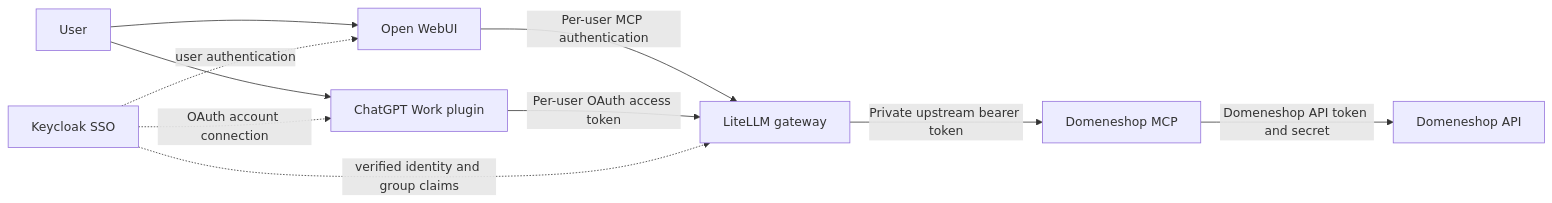
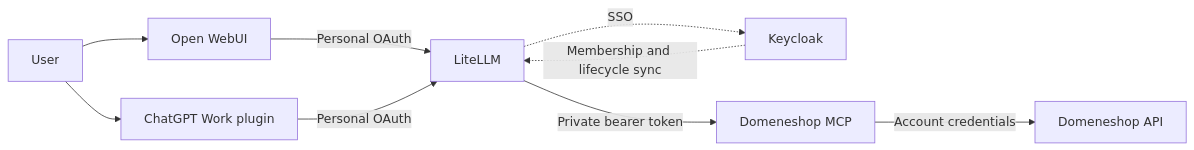
One commit to SveinT83/domeneshop-mcp changed the diagram in docs/access-and-clients.md. Above: the diagram before and after it, drawn with Mermaid. The commit also changed other lines of this file and 8 other files, not shown here.

Commit message:
Add Keycloak Senior access sync and gateway identity revocation

````diff
--- a/docs/access-and-clients.md
+++ b/docs/access-and-clients.md
@@ -8,12 +5,11 @@
 ```mermaid
 flowchart LR
     U[User] --> W[Open WebUI]
     U --> C[ChatGPT Work plugin]
-    K[Keycloak SSO] -. user authentication .-> W
-    K -. OAuth account connection .-> C
-    W -->|Per-user MCP authentication| L[LiteLLM gateway]
-    C -->|Per-user OAuth access token| L
-    K -. verified identity and group claims .-> L
-    L -->|Private upstream bearer token| M[Domeneshop MCP]
-    M -->|Domeneshop API token and secret| D[Domeneshop API]
+    W -->|Personal OAuth| L[LiteLLM]
+    C -->|Personal OAuth| L
+    L -. SSO .-> K[Keycloak]
+    K -. Membership and lifecycle sync .-> L
+    L -->|Private bearer token| M[Domeneshop MCP]
+    M -->|Account credentials| D[Domeneshop API]
 ```
````
